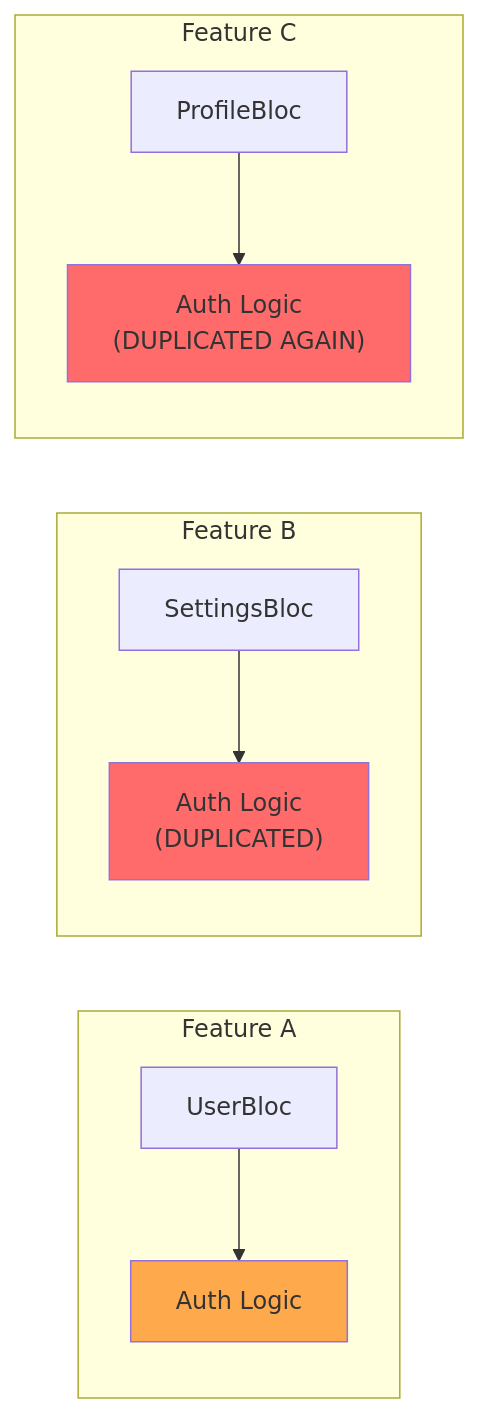
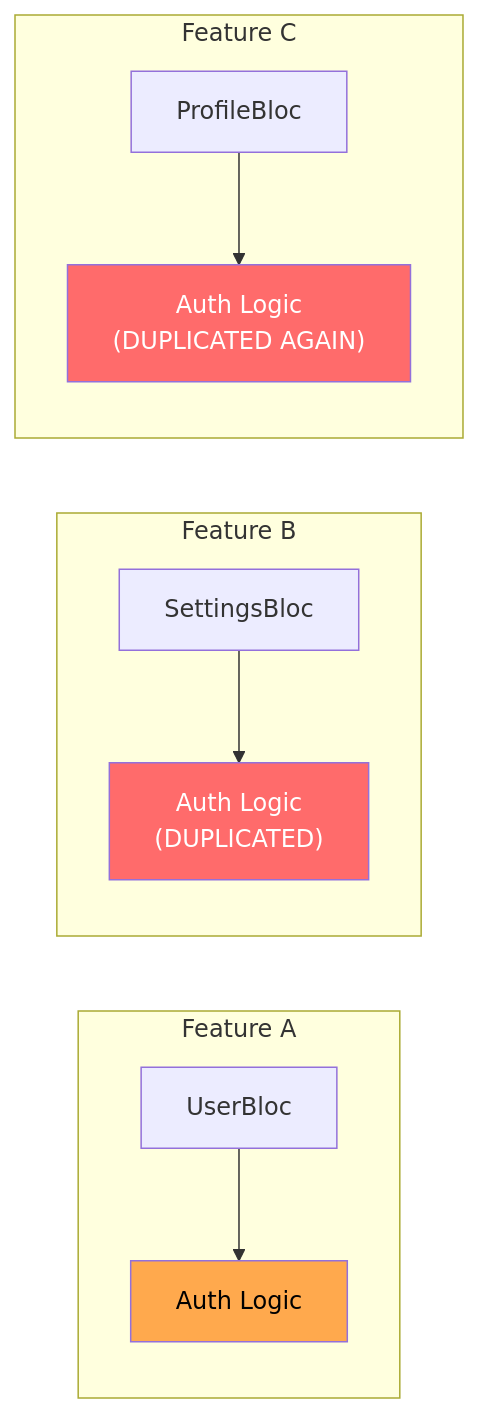
The third of 6 diagrams in book/chapters/01_the_pain.md (lploc94/flutter_orchestrator), drawn with Mermaid before and after one commit. The commit also changed 3 other files, not shown here.

First line of the commit message:
docs: fix mermaid diagram color contrast

````diff
--- a/book/chapters/01_the_pain.md
+++ b/book/chapters/01_the_pain.md
@@ -95,18 +95,18 @@
 ```mermaid
 graph LR
     subgraph FeatureA["Feature A"]
         BlocA["UserBloc"] --> AuthLogic["Auth Logic"]
     end
     
     subgraph FeatureB["Feature B"]
         BlocB["SettingsBloc"] --> AuthLogic2["Auth Logic<br/>(DUPLICATED)"]
     end
     
     subgraph FeatureC["Feature C"]
         BlocC["ProfileBloc"] --> AuthLogic3["Auth Logic<br/>(DUPLICATED AGAIN)"]
     end
     
-    style AuthLogic fill:#ffa94d
-    style AuthLogic2 fill:#ff6b6b
-    style AuthLogic3 fill:#ff6b6b
+    style AuthLogic fill:#ffa94d,color:#000
+    style AuthLogic2 fill:#ff6b6b,color:#fff
+    style AuthLogic3 fill:#ff6b6b,color:#fff
 ```
````
